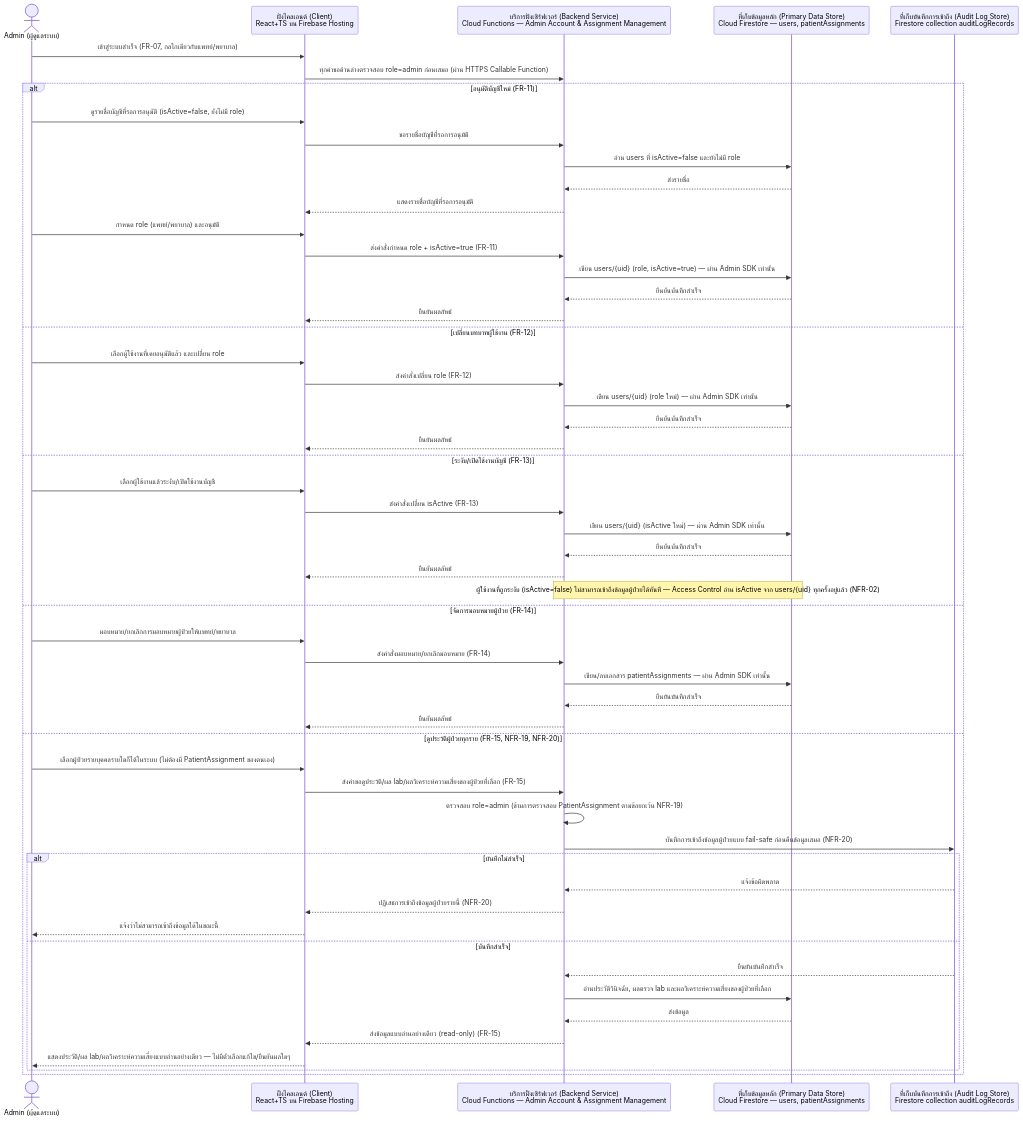
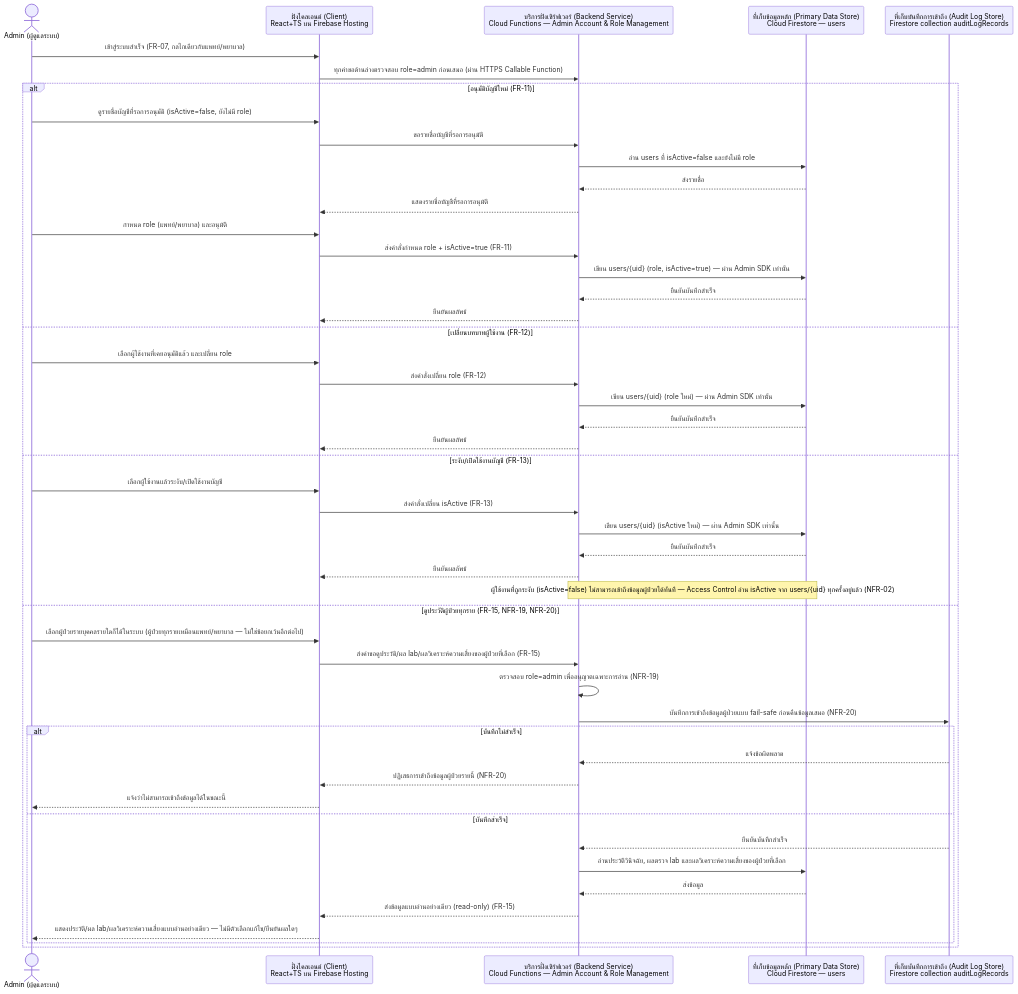
One commit to fadtypat/track-ncds changed the fifth of 5 diagrams in docs/02-design/02-technical/architecture.md. Above: the diagram before and after it, drawn with Mermaid. The commit also changed other lines of this file and 21 other files, not shown here.

First line of the commit message:
Drop patient assignment and add AI HN-search requirements across docs

````diff
--- a/docs/02-design/02-technical/architecture.md
+++ b/docs/02-design/02-technical/architecture.md
@@ -1077,58 +1127,52 @@
 ```mermaid
 sequenceDiagram
     actor Admin as Admin (ผู้ดูแลระบบ)
     participant Client as ฝั่งไคลเอนต์ (Client)<br/>React+TS บน Firebase Hosting
-    participant Backend as บริการฝั่งเซิร์ฟเวอร์ (Backend Service)<br/>Cloud Functions — Admin Account & Assignment Management
-    participant Store as ที่เก็บข้อมูลหลัก (Primary Data Store)<br/>Cloud Firestore — users, patientAssignments
+    participant Backend as บริการฝั่งเซิร์ฟเวอร์ (Backend Service)<br/>Cloud Functions — Admin Account & Role Management
+    participant Store as ที่เก็บข้อมูลหลัก (Primary Data Store)<br/>Cloud Firestore — users
     participant AuditStore as ที่เก็บบันทึกการเข้าถึง (Audit Log Store)<br/>Firestore collection auditLogRecords
 
     Admin->>Client: เข้าสู่ระบบสำเร็จ (FR-07, กลไกเดียวกับแพทย์/พยาบาล)
     Client->>Backend: ทุกคำขอด้านล่างตรวจสอบ role=admin ก่อนเสมอ (ผ่าน HTTPS Callable Function)
     alt อนุมัติบัญชีใหม่ (FR-11)
         Admin->>Client: ดูรายชื่อบัญชีที่รอการอนุมัติ (isActive=false, ยังไม่มี role)
         Client->>Backend: ขอรายชื่อบัญชีที่รอการอนุมัติ
         Backend->>Store: อ่าน users ที่ isActive=false และยังไม่มี role
         Store-->>Backend: ส่งรายชื่อ
         Backend-->>Client: แสดงรายชื่อบัญชีที่รอการอนุมัติ
         Admin->>Client: กำหนด role (แพทย์/พยาบาล) และอนุมัติ
         Client->>Backend: ส่งคำสั่งกำหนด role + isActive=true (FR-11)
         Backend->>Store: เขียน users/{uid} (role, isActive=true) — ผ่าน Admin SDK เท่านั้น
         Store-->>Backend: ยืนยันบันทึกสำเร็จ
         Backend-->>Client: ยืนยันผลลัพธ์
     else เปลี่ยนบทบาทผู้ใช้งาน (FR-12)
         Admin->>Client: เลือกผู้ใช้งานที่เคยอนุมัติแล้ว และเปลี่ยน role
         Client->>Backend: ส่งคำสั่งเปลี่ยน role (FR-12)
         Backend->>Store: เขียน users/{uid} (role ใหม่) — ผ่าน Admin SDK เท่านั้น
         Store-->>Backend: ยืนยันบันทึกสำเร็จ
         Backend-->>Client: ยืนยันผลลัพธ์
     else ระงับ/เปิดใช้งานบัญชี (FR-13)
         Admin->>Client: เลือกผู้ใช้งานแล้วระงับ/เปิดใช้งานบัญชี
         Client->>Backend: ส่งคำสั่งเปลี่ยน isActive (FR-13)
         Backend->>Store: เขียน users/{uid} (isActive ใหม่) — ผ่าน Admin SDK เท่านั้น
         Store-->>Backend: ยืนยันบันทึกสำเร็จ
         Backend-->>Client: ยืนยันผลลัพธ์
         Note over Backend,Store: ผู้ใช้งานที่ถูกระงับ (isActive=false) ไม่สามารถเข้าถึงข้อมูลผู้ป่วยได้ทันที — Access Control อ่าน isActive จาก users/{uid} ทุกครั้งอยู่แล้ว (NFR-02)
-    else จัดการมอบหมายผู้ป่วย (FR-14)
-        Admin->>Client: มอบหมาย/ยกเลิกการมอบหมายผู้ป่วยให้แพทย์/พยาบาล
-        Client->>Backend: ส่งคำสั่งมอบหมาย/ยกเลิกมอบหมาย (FR-14)
-        Backend->>Store: เขียน/ลบเอกสาร patientAssignments — ผ่าน Admin SDK เท่านั้น
-        Store-->>Backend: ยืนยันบันทึกสำเร็จ
-        Backend-->>Client: ยืนยันผลลัพธ์
     else ดูประวัติผู้ป่วยทุกราย (FR-15, NFR-19, NFR-20)
-        Admin->>Client: เลือกผู้ป่วยรายบุคคลรายใดก็ได้ในระบบ (ไม่ต้องมี PatientAssignment ของตนเอง)
+        Admin->>Client: เลือกผู้ป่วยรายบุคคลรายใดก็ได้ในระบบ (ผู้ป่วยทุกรายเหมือนแพทย์/พยาบาล — ไม่ใช่ข้อยกเว้นอีกต่อไป)
         Client->>Backend: ส่งคำขอดูประวัติ/ผล lab/ผลวิเคราะห์ความเสี่ยงของผู้ป่วยที่เลือก (FR-15)
-        Backend->>Backend: ตรวจสอบ role=admin (ข้ามการตรวจสอบ PatientAssignment ตามข้อยกเว้น NFR-19)
+        Backend->>Backend: ตรวจสอบ role=admin เพื่ออนุญาตเฉพาะการอ่าน (NFR-19)
         Backend->>AuditStore: บันทึกการเข้าถึงข้อมูลผู้ป่วยแบบ fail-safe ก่อนคืนข้อมูลเสมอ (NFR-20)
         alt บันทึกไม่สำเร็จ
             AuditStore-->>Backend: แจ้งข้อผิดพลาด
             Backend-->>Client: ปฏิเสธการเข้าถึงข้อมูลผู้ป่วยรายนี้ (NFR-20)
             Client-->>Admin: แจ้งว่าไม่สามารถเข้าถึงข้อมูลได้ในขณะนี้
         else บันทึกสำเร็จ
             AuditStore-->>Backend: ยืนยันบันทึกสำเร็จ
             Backend->>Store: อ่านประวัติวินิจฉัย, ผลตรวจ lab และผลวิเคราะห์ความเสี่ยงของผู้ป่วยที่เลือก
             Store-->>Backend: ส่งข้อมูล
             Backend-->>Client: ส่งข้อมูลแบบอ่านอย่างเดียว (read-only) (FR-15)
             Client-->>Admin: แสดงประวัติ/ผล lab/ผลวิเคราะห์ความเสี่ยงแบบอ่านอย่างเดียว — ไม่มีตัวเลือกแก้ไข/ยืนยันผลใดๆ
         end
     end
 ```
````
